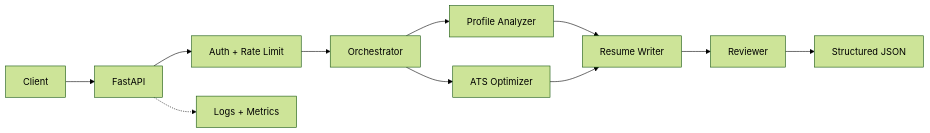
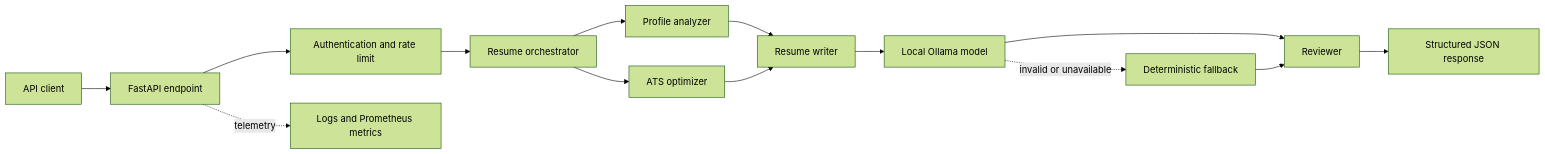
The diagram in README.md (AnkyAI/enterprise-ai-resume-agent), drawn with Mermaid (forest theme) before and after one commit. The commit also changed other lines of this file, not shown here.

````diff
--- a/README.md
+++ b/README.md
@@ -22,13 +29,16 @@
 ```mermaid
 flowchart LR
-    U[Client] --> F[FastAPI]
-    F --> S[Auth + Rate Limit]
-    S --> O[Orchestrator]
-    O --> P[Profile Analyzer]
-    O --> A[ATS Optimizer]
-    P --> W[Resume Writer]
-    A --> W
-    W --> R[Reviewer]
-    R --> J[Structured JSON]
-    F -.-> M[Logs + Metrics]
+    Client[API client] --> API[FastAPI endpoint]
+    API --> Guard[Authentication and rate limit]
+    Guard --> Orchestrator[Resume orchestrator]
+    Orchestrator --> Profile[Profile analyzer]
+    Orchestrator --> ATS[ATS optimizer]
+    Profile --> Writer[Resume writer]
+    ATS --> Writer
+    Writer --> Ollama[Local Ollama model]
+    Ollama -. invalid or unavailable .-> Fallback[Deterministic fallback]
+    Ollama --> Reviewer[Reviewer]
+    Fallback --> Reviewer
+    Reviewer --> Response[Structured JSON response]
+    API -. telemetry .-> Ops[Logs and Prometheus metrics]
 ```
````
